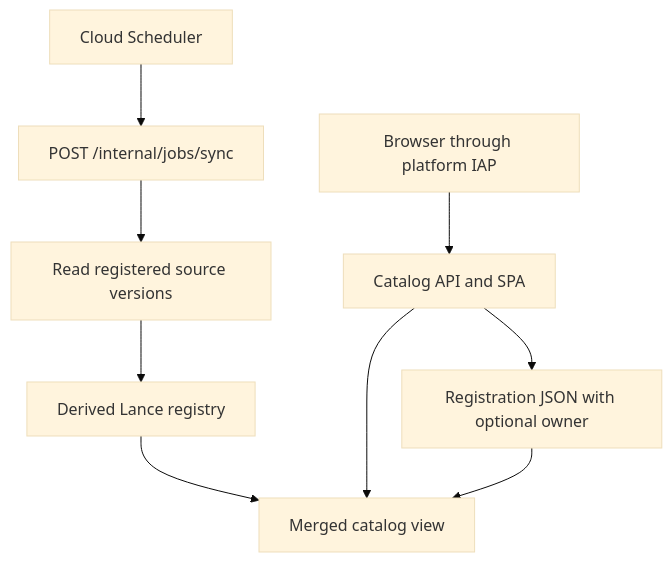
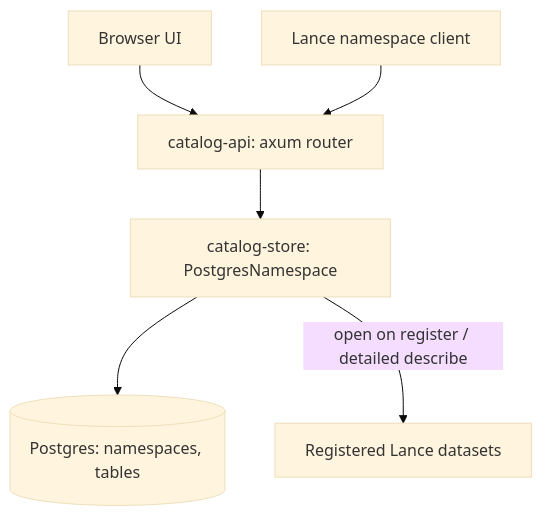
The diagram in ARCHITECTURE.md (shiyan-xu-ai/data-catalog), drawn with Mermaid (base theme) before and after one commit. The commit also changed other lines of this file and 9 other files, not shown here.

Commit message:
build: deploy with Cloud SQL Postgres and document the REST catalog

````diff
--- a/ARCHITECTURE.md
+++ b/ARCHITECTURE.md
@@ -13,11 +7,8 @@
 ```mermaid
 flowchart TB
-  Scheduler[Cloud Scheduler] --> Sync[POST /internal/jobs/sync]
-  Browser[Browser through platform IAP] --> API[Catalog API and SPA]
-  Sync --> Source[Read registered source versions]
-  Source --> Registry[Derived Lance registry]
-  API --> View[Merged catalog view]
-  Registry --> View
-  Meta[Registration JSON with optional owner] --> View
-  API --> Meta
+  Operator[Browser UI] --> API
+  Client[Lance namespace client] --> API
+  API[catalog-api: axum router] --> NS[catalog-store: PostgresNamespace]
+  NS --> PG[(Postgres: namespaces, tables)]
+  NS -->|open on register / detailed describe| Lance[Registered Lance datasets]
 ```
````
